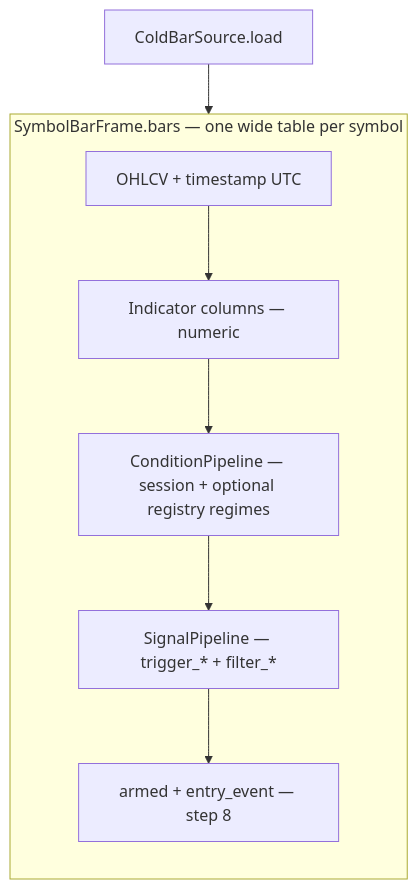
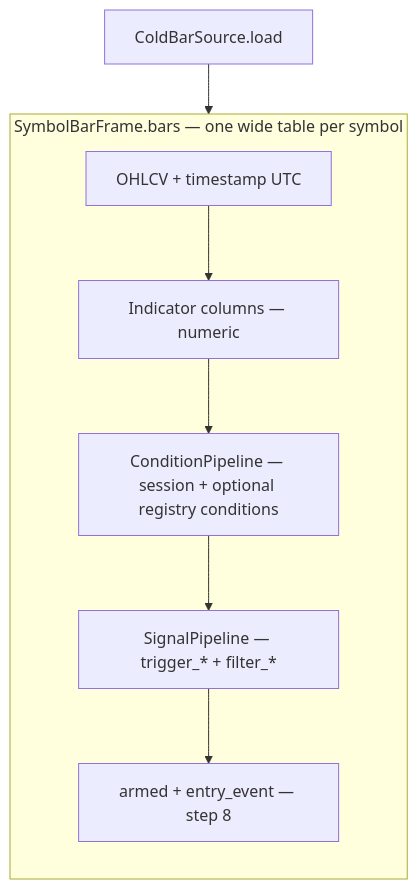
One commit to misterjgordon/screener_bot changed the diagram in backtesting/INDICATOR_PIPELINE_PLAN.md. Above: the diagram before and after it, drawn with Mermaid. The commit also changed other lines of this file and 38 other files, not shown here.

````diff
--- a/backtesting/INDICATOR_PIPELINE_PLAN.md
+++ b/backtesting/INDICATOR_PIPELINE_PLAN.md
@@ -47,15 +49,15 @@
 ```mermaid
 flowchart TB
   subgraph table [SymbolBarFrame.bars — one wide table per symbol]
     direction TB
     raw[OHLCV + timestamp UTC]
     ind[Indicator columns — numeric]
-    cond[ConditionPipeline — session + optional registry regimes]
+    cond[ConditionPipeline — session + optional registry conditions]
     sig[SignalPipeline — trigger_* + filter_*]
     ent[armed + entry_event — step 8]
     raw --> ind --> cond --> sig --> ent
   end
 
   cold[ColdBarSource.load]
   cold --> raw
 ```
````
